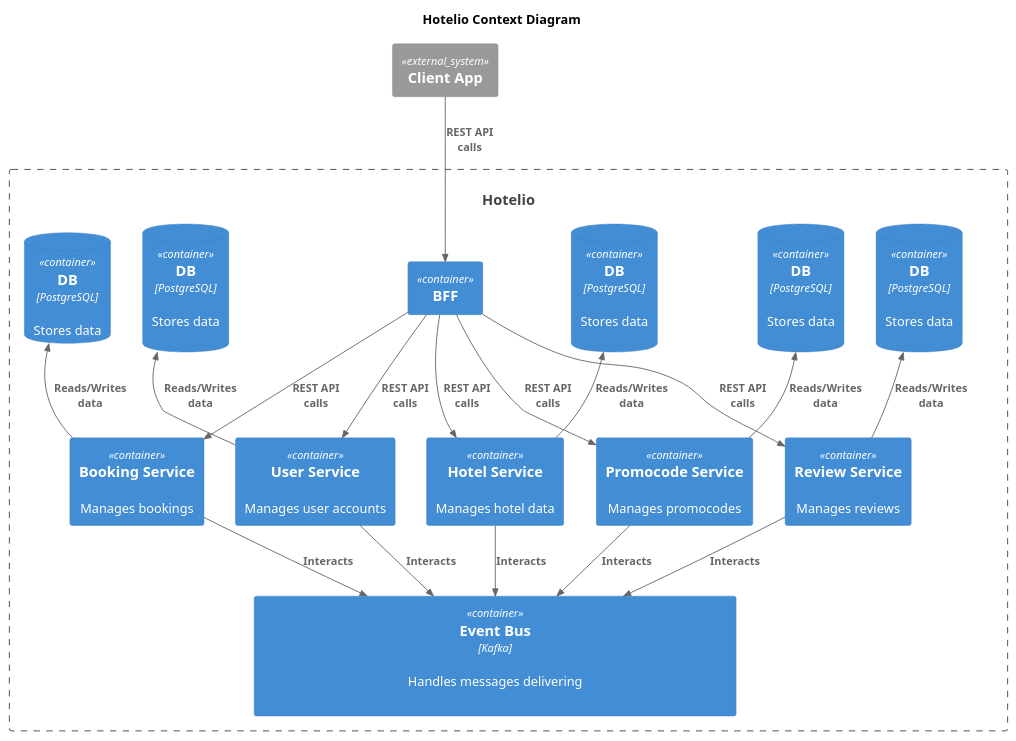
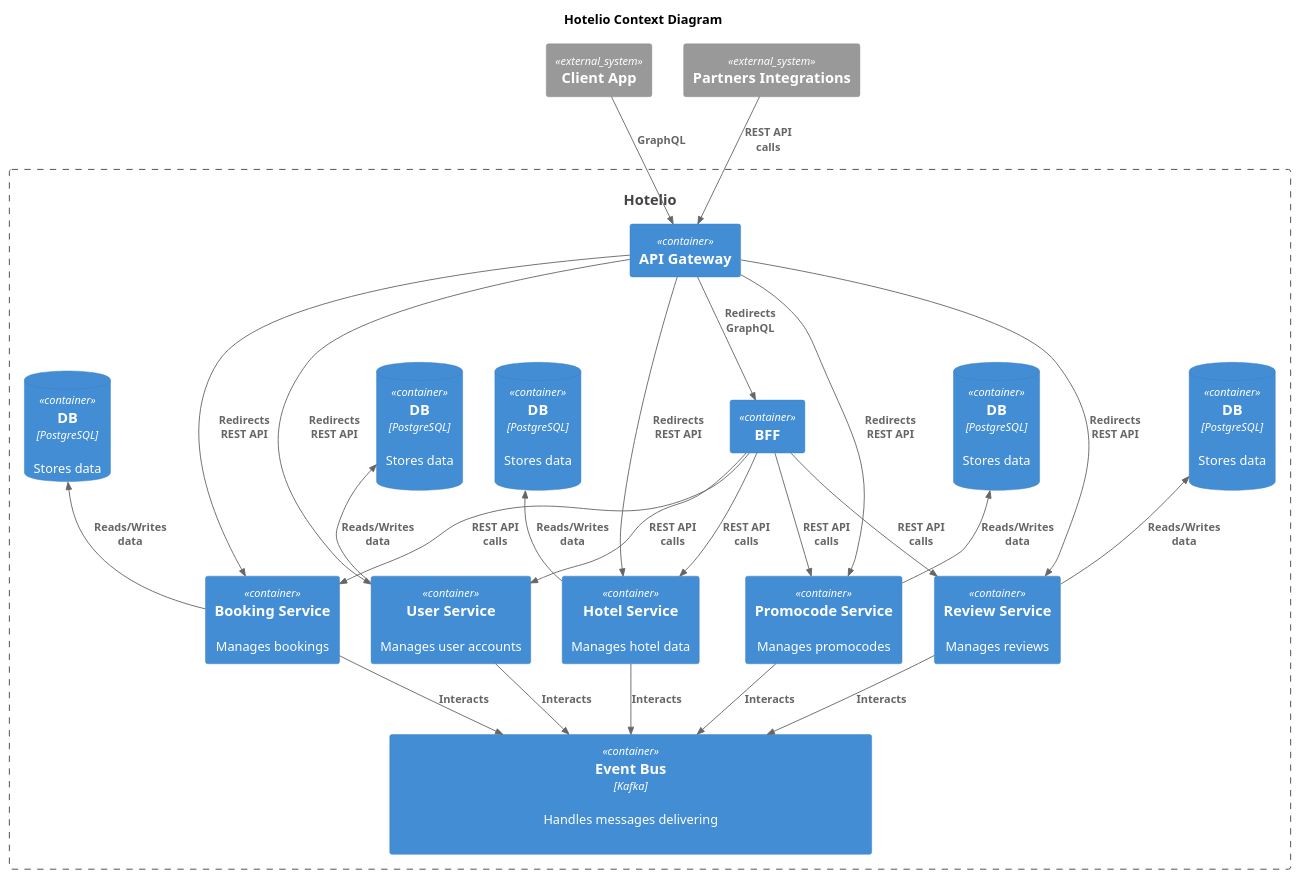
One commit to ane-ta/msa-sprint2 changed the diagram in tasks/task1/results/to-be C2.puml. Above: the diagram before and after it, drawn with PlantUML.

Commit message:
docs: to-be partners system added

```diff
--- a/tasks/task1/results/to-be C2.puml
+++ b/tasks/task1/results/to-be C2.puml
@@ -1,65 +1,75 @@
 @startuml
 title Hotelio Context Diagram
 
 Top to bottom direction
 
 !includeurl https://raw.githubusercontent.com/RicardoNiepel/C4-PlantUML/master/C4_Component.puml
 
 System_Ext(sysApp, "Client App")
+System_Ext(sysPartners, "Partners Integrations")
 
 'monolyth
 System(sysHotelio, "Hotelio")
 Container_Boundary(sysHotelio, ""){
     ContainerDb(cntDbBooking, "DB", "PostgreSQL", "Stores data"){
     }
     ContainerDb(cntDbUsers, "DB", "PostgreSQL", "Stores data\n")
     ContainerDb(cntDbHotels, "DB", "PostgreSQL", "Stores data\n")
     ContainerDb(cntDbPromocodes, "DB", "PostgreSQL", "Stores data\n"){
     }
     ContainerDb(cntDbReviews, "DB", "PostgreSQL", "Stores data\n")
 
     Container(cntBFF, "BFF")
+    Container(cntAPIGateway, "API Gateway")
 
     Container(cntBooking, "Booking Service", "", "Manages bookings")
     Container(cntUsers, "User Service", "", "Manages user accounts")
     Container(cntHotels, "Hotel Service", "", "Manages hotel data")
     Container(cntPromocodes, "Promocode Service", "", "Manages promocodes")
     Container(cntReviews, "Review Service", "", "Manages reviews")
 
     Container(cntBroker, "Event Bus", "Kafka", "Handles messages delivering\n                                                                                                                                            ")
 }
 
 Lay_Right(cntDbBooking,cntDbUsers)
 Lay_Right(cntDbUsers,cntDbHotels)
 Lay_Right(cntDbHotels,cntDbPromocodes)
 Lay_Right(cntDbPromocodes,cntDbReviews)
 
 Lay_Right(cntBooking,cntUsers)
 Lay_Right(cntUsers,cntHotels)
 Lay_Right(cntHotels,cntPromocodes)
 Lay_Right(cntPromocodes,cntReviews)
 
 'external
-Rel_Down(sysApp, cntBFF, "REST API\ncalls")
+Rel_Down(sysApp, cntAPIGateway, "GraphQL")
+Rel_Down(sysPartners, cntAPIGateway, "REST API\ncalls")
 
 'broker
 Rel(cntBooking, cntBroker, "Interacts")
 Rel(cntUsers, cntBroker, "Interacts")
 Rel(cntHotels, cntBroker, "Interacts")
 Rel(cntPromocodes, cntBroker, "Interacts")
 Rel(cntReviews, cntBroker, "Interacts")
 
 'bff
+Rel(cntAPIGateway, cntBFF, "Redirects\nGraphQL")
+Rel(cntAPIGateway, cntBooking, "Redirects\nREST API")
+Rel(cntAPIGateway, cntUsers, "Redirects\nREST API")
+Rel(cntAPIGateway, cntHotels, "Redirects\nREST API")
+Rel(cntAPIGateway, cntPromocodes, "Redirects\nREST API")
+Rel(cntAPIGateway, cntReviews, "Redirects\nREST API")
+
 Rel(cntBFF, cntBooking, "REST API\ncalls")
 Rel(cntBFF, cntUsers, "REST API\ncalls")
 Rel(cntBFF, cntHotels, "REST API\ncalls")
 Rel(cntBFF, cntPromocodes, "REST API\ncalls")
 Rel(cntBFF, cntReviews, "REST API\ncalls")
 
 'db
 Rel_Up(cntBooking, cntDbBooking, "Reads/Writes\ndata")
 Rel_Up(cntUsers, cntDbUsers, "Reads/Writes\ndata")
 Rel_Up(cntHotels, cntDbHotels, "Reads/Writes\ndata")
 Rel_Up(cntPromocodes, cntDbPromocodes, "Reads/Writes\ndata")
 Rel_Up(cntReviews, cntDbReviews, "Reads/Writes\ndata")
 @enduml
```
